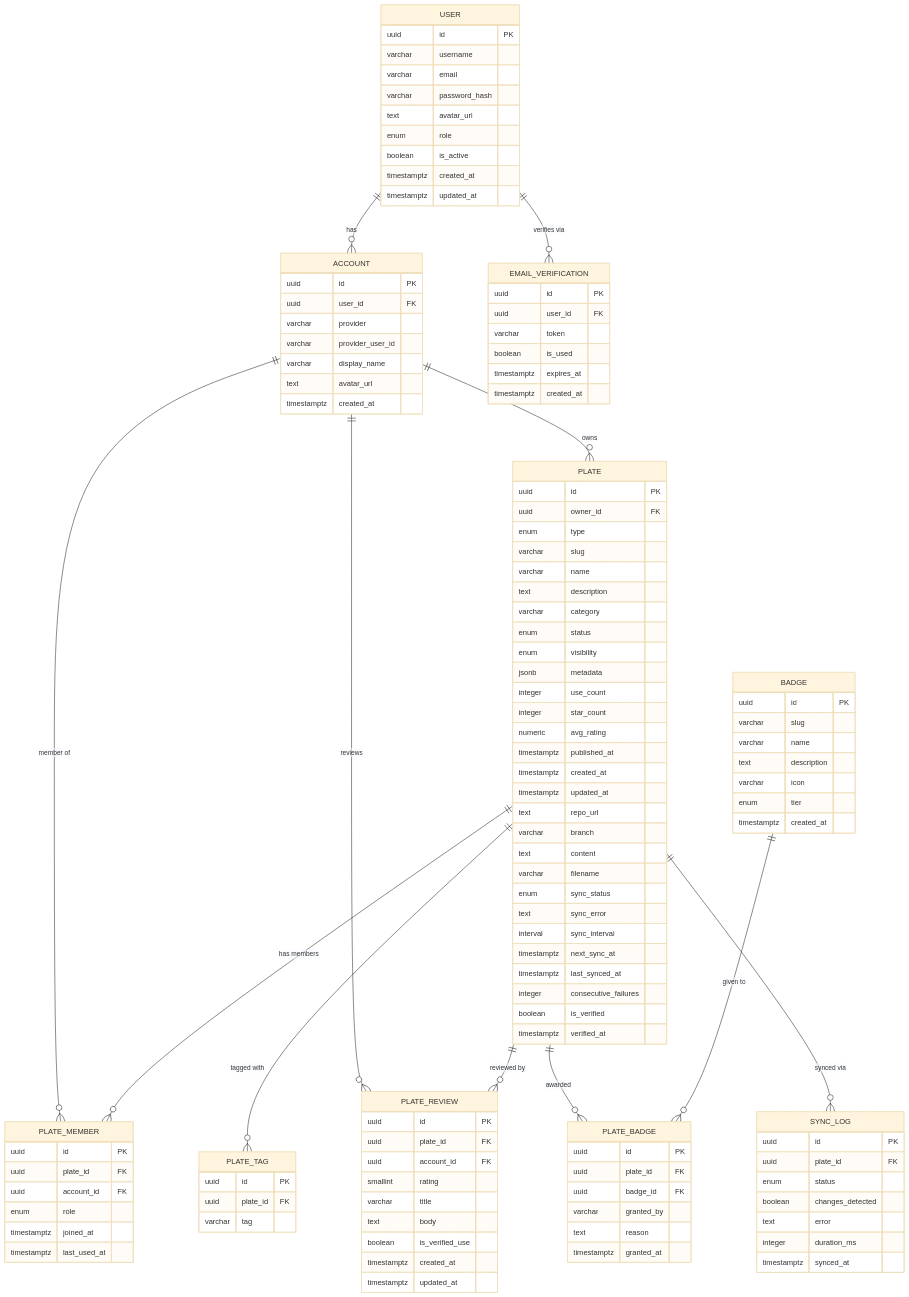
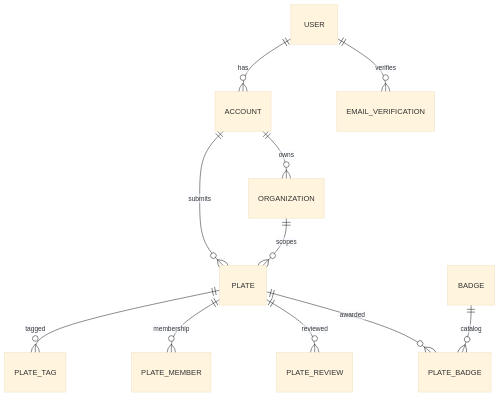
One commit to MoeidHeidari/kikplate changed the first of 3 diagrams in docs/database.md. Above: the diagram before and after it, drawn with Mermaid (base theme). The commit also changed other lines of this file and 129 other files, not shown here.

First line of the commit message:
feat: add configurable frontend branding and remove unused sync_log

````diff
--- a/docs/database.md
+++ b/docs/database.md
@@ -507,132 +15,13 @@
 ```mermaid
 erDiagram
-  USER {
-    uuid id PK
-    varchar username
-    varchar email
-    varchar password_hash
-    text avatar_url
-    enum role
-    boolean is_active
-    timestamptz created_at
-    timestamptz updated_at
-  }
-
-  ACCOUNT {
-    uuid id PK
-    uuid user_id FK
-    varchar provider
-    varchar provider_user_id
-    varchar display_name
-    text avatar_url
-    timestamptz created_at
-  }
-
-  EMAIL_VERIFICATION {
-    uuid id PK
-    uuid user_id FK
-    varchar token
-    boolean is_used
-    timestamptz expires_at
-    timestamptz created_at
-  }
-
-  PLATE {
-    uuid id PK
-    uuid owner_id FK
-    enum type
-    varchar slug
-    varchar name
-    text description
-    varchar category
-    enum status
-    enum visibility
-    jsonb metadata
-    integer use_count
-    integer star_count
-    numeric avg_rating
-    timestamptz published_at
-    timestamptz created_at
-    timestamptz updated_at
-    text repo_url
-    varchar branch
-    text content
-    varchar filename
-    enum sync_status
-    text sync_error
-    interval sync_interval
-    timestamptz next_sync_at
-    timestamptz last_synced_at
-    integer consecutive_failures
-    boolean is_verified
-    timestamptz verified_at
-  }
-
-  PLATE_MEMBER {
-    uuid id PK
-    uuid plate_id FK
-    uuid account_id FK
-    enum role
-    timestamptz joined_at
-    timestamptz last_used_at
-  }
-
-  PLATE_TAG {
-    uuid id PK
-    uuid plate_id FK
-    varchar tag
-  }
-
-  PLATE_REVIEW {
-    uuid id PK
-    uuid plate_id FK
-    uuid account_id FK
-    smallint rating
-    varchar title
-    text body
-    boolean is_verified_use
-    timestamptz created_at
-    timestamptz updated_at
-  }
-
-  BADGE {
-    uuid id PK
-    varchar slug
-    varchar name
-    text description
-    varchar icon
-    enum tier
-    timestamptz created_at
-  }
-
-  PLATE_BADGE {
-    uuid id PK
-    uuid plate_id FK
-    uuid badge_id FK
-    varchar granted_by
-    text reason
-    timestamptz granted_at
-  }
-
-  SYNC_LOG {
-    uuid id PK
-    uuid plate_id FK
-    enum status
-    boolean changes_detected
-    text error
-    integer duration_ms
-    timestamptz synced_at
-  }
-
-  USER ||--o{ ACCOUNT : "has"
-  USER ||--o{ EMAIL_VERIFICATION : "verifies via"
-  ACCOUNT ||--o{ PLATE : "owns"
-  ACCOUNT ||--o{ PLATE_MEMBER : "member of"
-  ACCOUNT ||--o{ PLATE_REVIEW : "reviews"
-  PLATE ||--o{ PLATE_MEMBER : "has members"
-  PLATE ||--o{ PLATE_TAG : "tagged with"
-  PLATE ||--o{ PLATE_REVIEW : "reviewed by"
-  PLATE ||--o{ PLATE_BADGE : "awarded"
-  PLATE ||--o{ SYNC_LOG : "synced via"
-  BADGE ||--o{ PLATE_BADGE : "given to"
+	USER ||--o{ ACCOUNT : has
+	USER ||--o{ EMAIL_VERIFICATION : verifies
+	ACCOUNT ||--o{ ORGANIZATION : owns
+	ACCOUNT ||--o{ PLATE : submits
+	ORGANIZATION ||--o{ PLATE : scopes
+	PLATE ||--o{ PLATE_TAG : tagged
+	PLATE ||--o{ PLATE_MEMBER : membership
+	PLATE ||--o{ PLATE_REVIEW : reviewed
+	PLATE ||--o{ PLATE_BADGE : awarded
+	BADGE ||--o{ PLATE_BADGE : catalog
 ```
````
